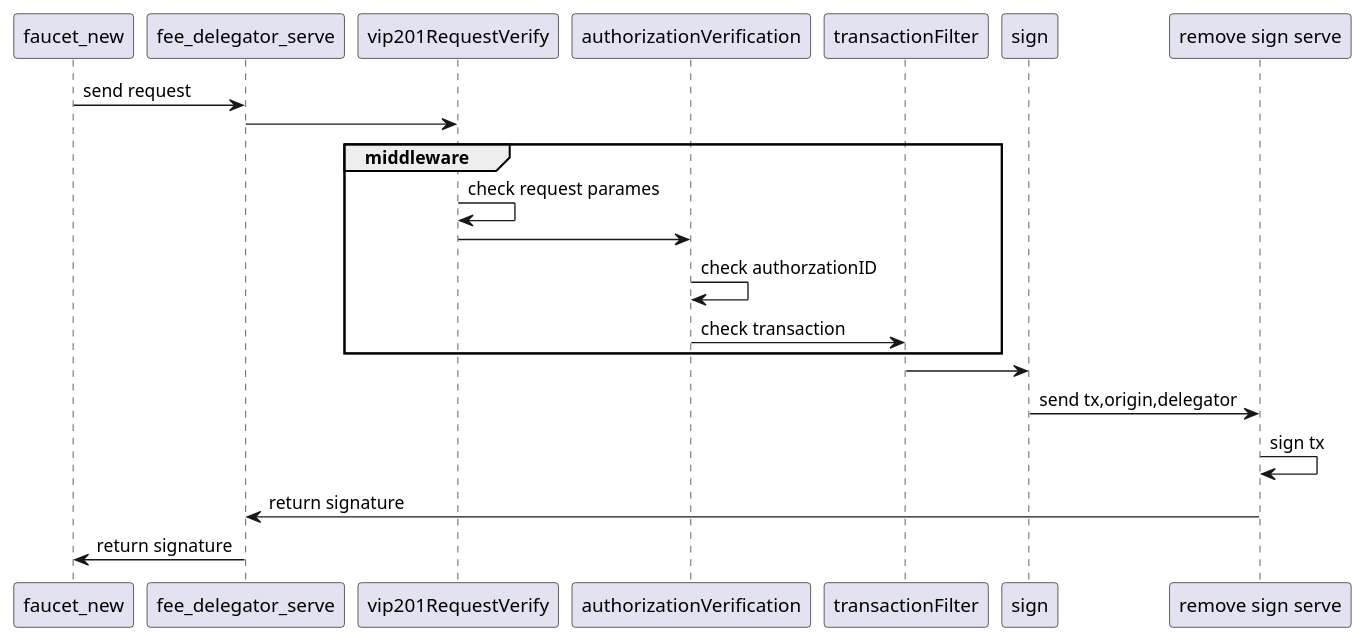
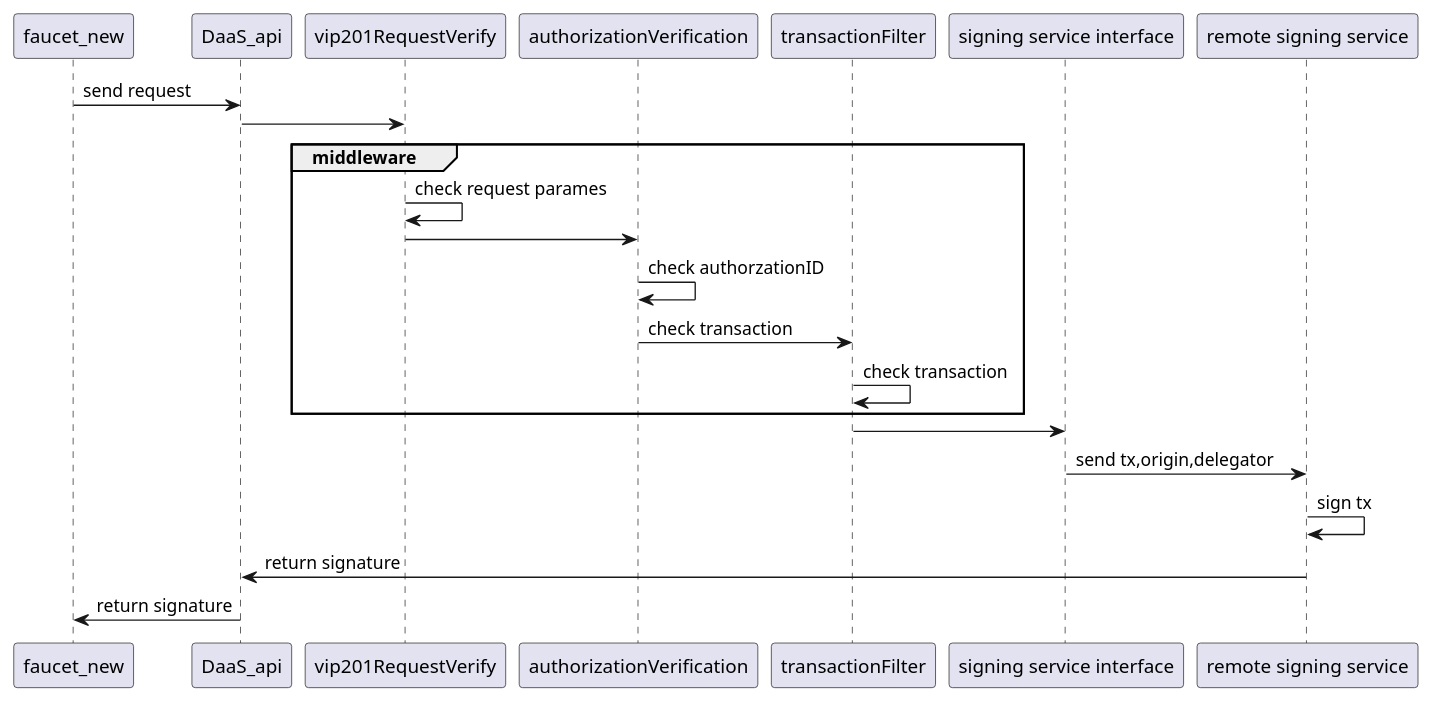
The diagram in docs/example/execute_process.wsd (mongelly/stormbreaker-feedelegation-serve), drawn with PlantUML before and after one commit. The commit also changed 6 other files, not shown here.

```diff
--- a/docs/example/execute_process.wsd
+++ b/docs/example/execute_process.wsd
@@ -1,15 +1,16 @@
 @startuml
-    "faucet_new" -> "fee_delegator_serve":send request
-    "fee_delegator_serve" -> "vip201RequestVerify"
+    "faucet_new" -> "DaaS_api":send request
+    "DaaS_api" -> "vip201RequestVerify"
       group middleware
       "vip201RequestVerify" -> "vip201RequestVerify":check request parames
       "vip201RequestVerify" -> "authorizationVerification"
       "authorizationVerification" -> "authorizationVerification":check authorzationID
       "authorizationVerification" -> "transactionFilter":check transaction
+      "transactionFilter" -> "transactionFilter":check transaction
       end
-      "transactionFilter" -> "sign"
-      "sign" -> "remove sign serve": send tx,origin,delegator
-      "remove sign serve" -> "remove sign serve": sign tx
-      "remove sign serve" -> "fee_delegator_serve": return signature
-      "fee_delegator_serve" -> "faucet_new": return signature
+    "transactionFilter" -> "signing service interface"
+    "signing service interface" -> "remote signing service": send tx,origin,delegator
+    "remote signing service" -> "remote signing service": sign tx
+    "remote signing service" -> "DaaS_api": return signature
+    "DaaS_api" -> "faucet_new": return signature
 @enduml
```
